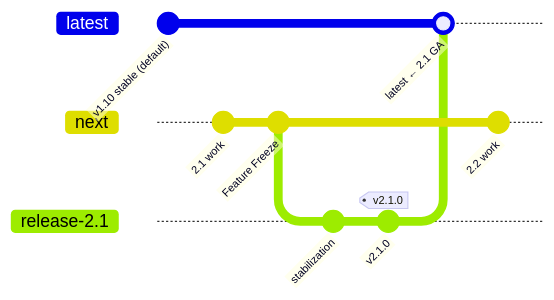
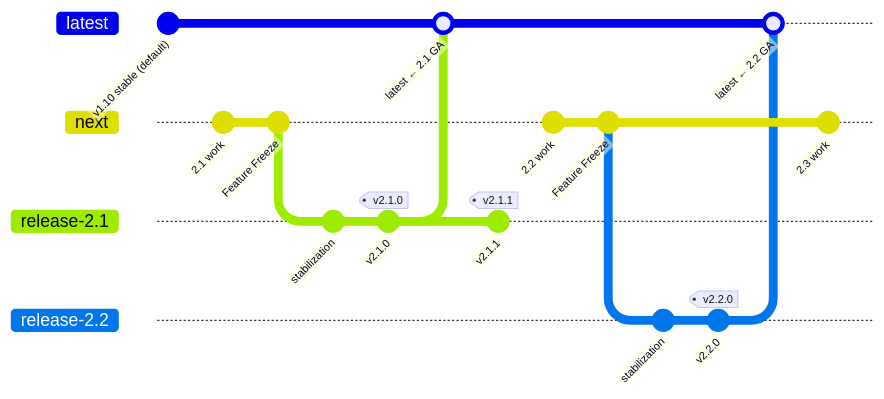
Before and after one commit to redhat-developer/rhdh-adr: the fourth of 4 diagrams in decisions/006-rhdh-local-branching-strategy.md, drawn with Mermaid. The commit also changed other lines of this file, not shown here.

First line of the commit message:
Expand Mermaid diagrams with multiple release cycles

````diff
--- a/decisions/006-rhdh-local-branching-strategy.md
+++ b/decisions/006-rhdh-local-branching-strategy.md
@@ -93,16 +125,27 @@
 ```mermaid
 %%{init: { 'gitGraph': {'mainBranchName': 'latest'}} }%%
 gitGraph
     commit id: "v1.10 stable (default)"
     branch next
     commit id: "2.1 work"
     commit id: "2.1 work"
     commit id: "Feature Freeze"
     branch release-2.1
     commit id: "stabilization"
     commit id: "v2.1.0" tag: "v2.1.0"
     checkout latest
     merge release-2.1 id: "latest ← 2.1 GA"
+    checkout release-2.1
+    commit id: "v2.1.1" tag: "v2.1.1"
     checkout next
     commit id: "2.2 work"
+    commit id: "2.2 work"
+    commit id: "Feature Freeze "
+    branch release-2.2
+    commit id: "stabilization "
+    commit id: "v2.2.0" tag: "v2.2.0"
+    checkout latest
+    merge release-2.2 id: "latest ← 2.2 GA"
+    checkout next
+    commit id: "2.3 work"
 ```
````
